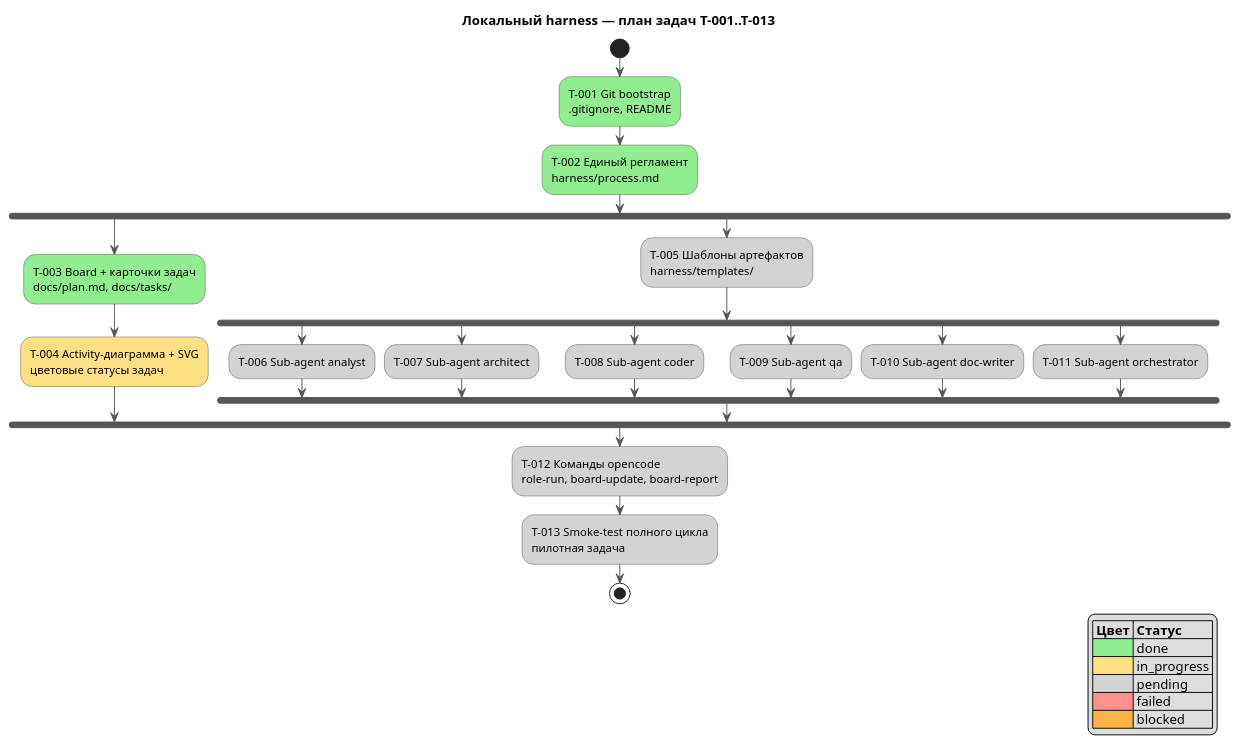
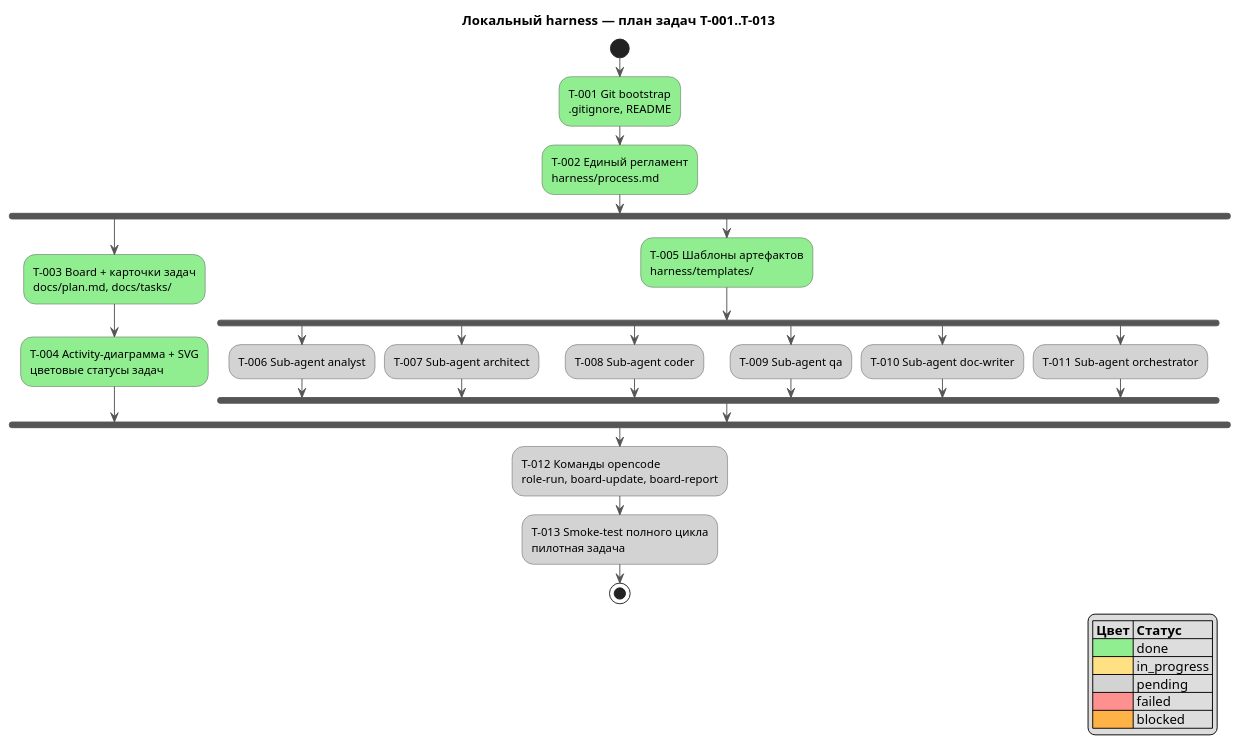
Before and after one commit to serge-sasov/harness: the diagram in docs/activity.puml, drawn with PlantUML. The commit also changed 7 other files, not shown here.

Commit message:
T-005: шаблоны артефактов (task-card, adr, plan-row)

```diff
--- a/docs/activity.puml
+++ b/docs/activity.puml
@@ -1,42 +1,42 @@
 @startuml
 skinparam defaultFontName Segoe UI
 skinparam ActivityBackgroundColor #FFFFFF
 skinparam ActivityBorderColor #555555
 skinparam ArrowColor #555555
 title Локальный harness — план задач T-001..T-013
 
 start
 #90EE90:T-001 Git bootstrap\n.gitignore, README;
 #90EE90:T-002 Единый регламент\nharness/process.md;
 fork
   #90EE90:T-003 Board + карточки задач\ndocs/plan.md, docs/tasks/;
-  #FFE082:T-004 Activity-диаграмма + SVG\nцветовые статусы задач;
+  #90EE90:T-004 Activity-диаграмма + SVG\nцветовые статусы задач;
 fork again
-  #D3D3D3:T-005 Шаблоны артефактов\nharness/templates/;
+  #90EE90:T-005 Шаблоны артефактов\nharness/templates/;
   fork
     #D3D3D3:T-006 Sub-agent analyst;
   fork again
     #D3D3D3:T-007 Sub-agent architect;
   fork again
     #D3D3D3:T-008 Sub-agent coder;
   fork again
     #D3D3D3:T-009 Sub-agent qa;
   fork again
     #D3D3D3:T-010 Sub-agent doc-writer;
   fork again
     #D3D3D3:T-011 Sub-agent orchestrator;
   end fork
 end fork
 #D3D3D3:T-012 Команды opencode\nrole-run, board-update, board-report;
 #D3D3D3:T-013 Smoke-test полного цикла\nпилотная задача;
 stop
 
 legend right
 |= Цвет |= Статус |
 |<#90EE90>| done |
 |<#FFE082>| in_progress |
 |<#D3D3D3>| pending |
 |<#FF9090>| failed |
 |<#FFB347>| blocked |
 endlegend
 @enduml
```
